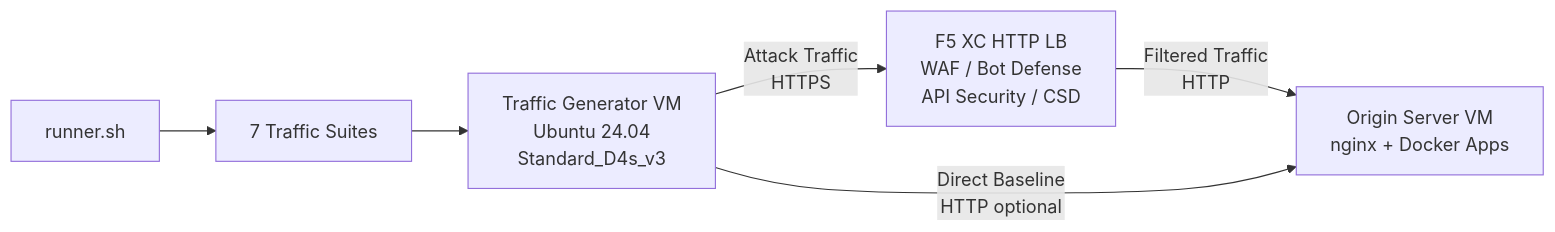
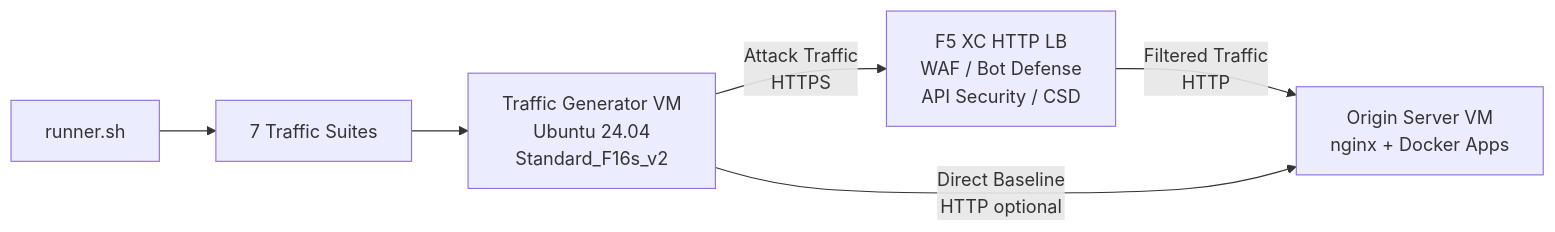
Before and after one commit to f5xc-salesdemos/traffic-generator: the diagram in docs/01-architecture.mdx, drawn with Mermaid. The commit also changed other lines of this file and 14 other files, not shown here.

````diff
--- a/docs/01-architecture.mdx
+++ b/docs/01-architecture.mdx
@@ -22,8 +22,8 @@
 ```mermaid
 graph LR
-    TG[Traffic Generator VM<br/>Ubuntu 24.04<br/>Standard_D4s_v3] -->|Attack Traffic<br/>HTTPS| XCHLB[F5 XC HTTP LB<br/>WAF / Bot Defense<br/>API Security / CSD]
+    TG[Traffic Generator VM<br/>Ubuntu 24.04<br/>Standard_F16s_v2] -->|Attack Traffic<br/>HTTPS| XCHLB[F5 XC HTTP LB<br/>WAF / Bot Defense<br/>API Security / CSD]
     XCHLB -->|Filtered Traffic<br/>HTTP| ORIGIN[Origin Server VM<br/>nginx + Docker Apps]
     TG -->|Direct Baseline<br/>HTTP optional| ORIGIN
     RUNNER[runner.sh] --> SUITES[7 Traffic Suites]
     SUITES --> TG
 ```
````
